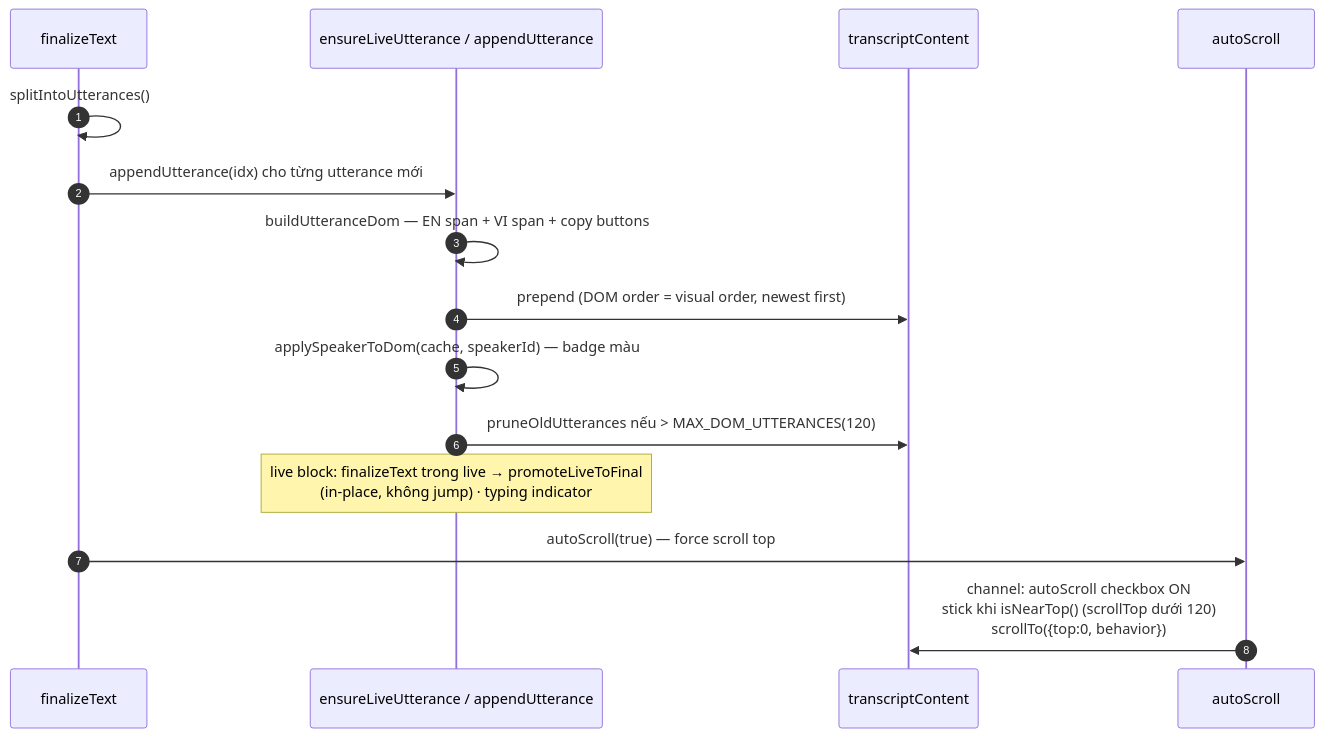
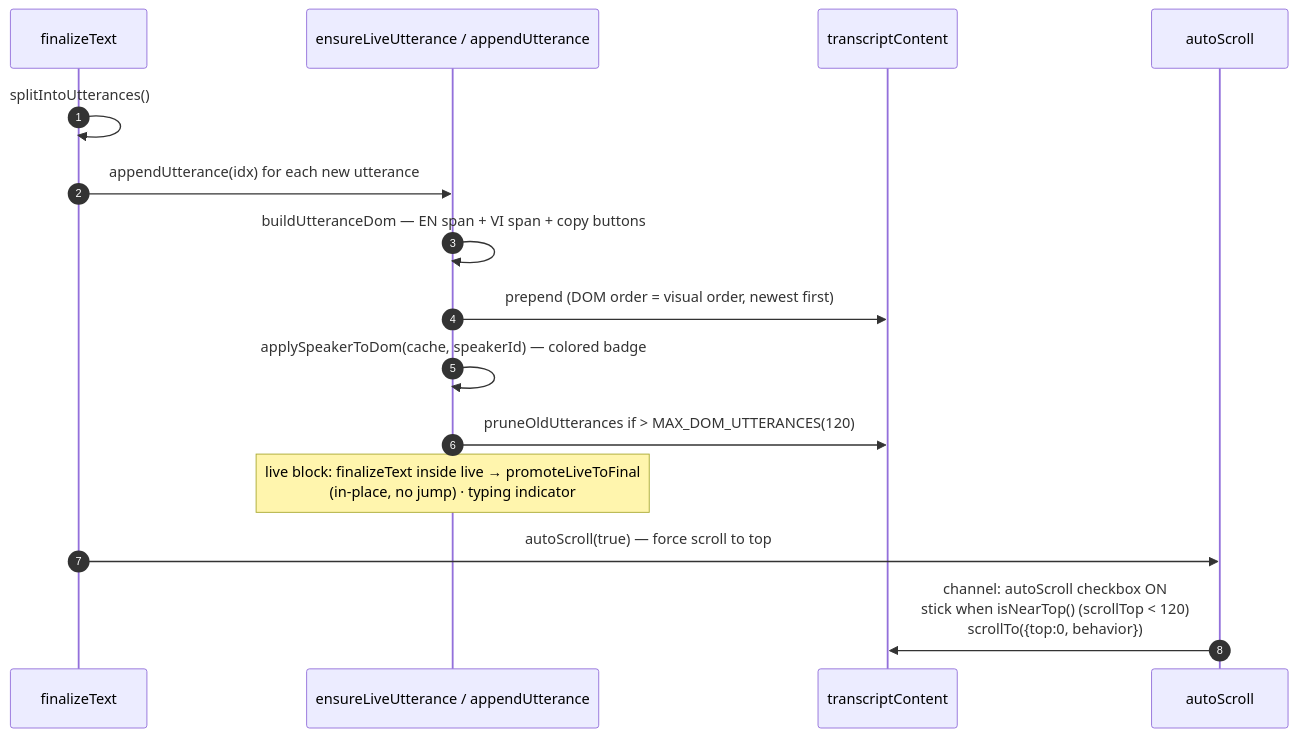
One commit to nbhson/app-live-translate-extension changed the ninth of 9 diagrams in README.md. Above: the diagram before and after it, drawn with Mermaid. The commit also changed other lines of this file, not shown here.

````diff
--- a/README.md
+++ b/README.md
@@ -348,19 +348,19 @@
 ```mermaid
 sequenceDiagram
     autonumber
     participant F as finalizeText
     participant U as ensureLiveUtterance / appendUtterance
     participant D as transcriptContent
     participant T as autoScroll
 
     F->>F: splitIntoUtterances()
-    F->>U: appendUtterance(idx) cho từng utterance mới
+    F->>U: appendUtterance(idx) for each new utterance
     U->>U: buildUtteranceDom — EN span + VI span + copy buttons
     U->>D: prepend (DOM order = visual order, newest first)
-    U->>U: applySpeakerToDom(cache, speakerId) — badge màu
-    U->>D: pruneOldUtterances nếu > MAX_DOM_UTTERANCES(120)
+    U->>U: applySpeakerToDom(cache, speakerId) — colored badge
+    U->>D: pruneOldUtterances if > MAX_DOM_UTTERANCES(120)
 
-    Note over U: live block: finalizeText trong live → promoteLiveToFinal<br/>(in-place, không jump) · typing indicator
-    F->>T: autoScroll(true) — force scroll top
-    T->>D: channel: autoScroll checkbox ON<br/>stick khi isNearTop() (scrollTop dưới 120)<br/>scrollTo({top:0, behavior})
+    Note over U: live block: finalizeText inside live → promoteLiveToFinal<br/>(in-place, no jump) · typing indicator
+    F->>T: autoScroll(true) — force scroll to top
+    T->>D: channel: autoScroll checkbox ON<br/>stick when isNearTop() (scrollTop < 120)<br/>scrollTo({top:0, behavior})
 ```
````
